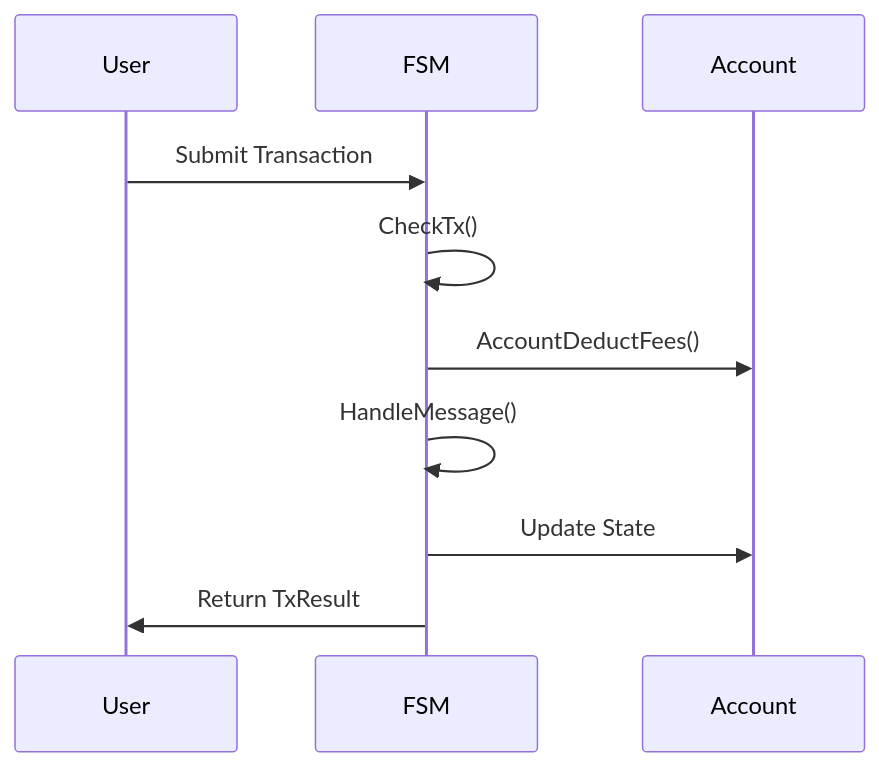
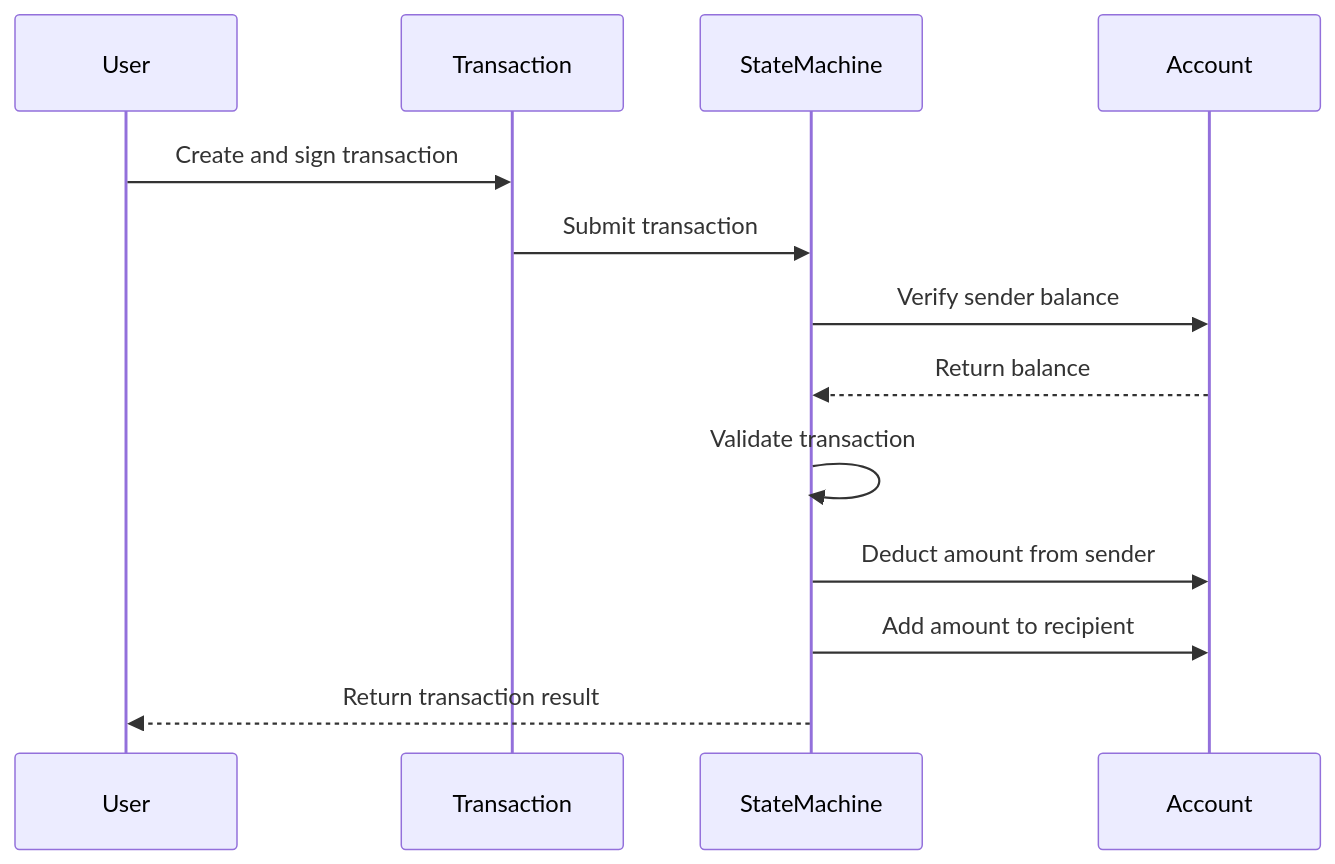
Before and after one commit to rem1niscence/canopy: the first of 2 diagrams in fsm/README.md, drawn with Mermaid. The commit also changed other lines of this file and 2 other files, not shown here.

````diff
--- a/fsm/README.md
+++ b/fsm/README.md
@@ -171,13 +327,16 @@
 ```mermaid
 sequenceDiagram
     participant User
-    participant FSM
+    participant Transaction
+    participant StateMachine
     participant Account
     
-    User->>FSM: Submit Transaction
-    FSM->>FSM: CheckTx()
-    FSM->>Account: AccountDeductFees()
-    FSM->>FSM: HandleMessage()
-    FSM->>Account: Update State
-    FSM->>User: Return TxResult
+    User->>Transaction: Create and sign transaction
+    Transaction->>StateMachine: Submit transaction
+    StateMachine->>Account: Verify sender balance
+    Account-->>StateMachine: Return balance
+    StateMachine->>StateMachine: Validate transaction
+    StateMachine->>Account: Deduct amount from sender
+    StateMachine->>Account: Add amount to recipient
+    StateMachine-->>User: Return transaction result
 ```
````
